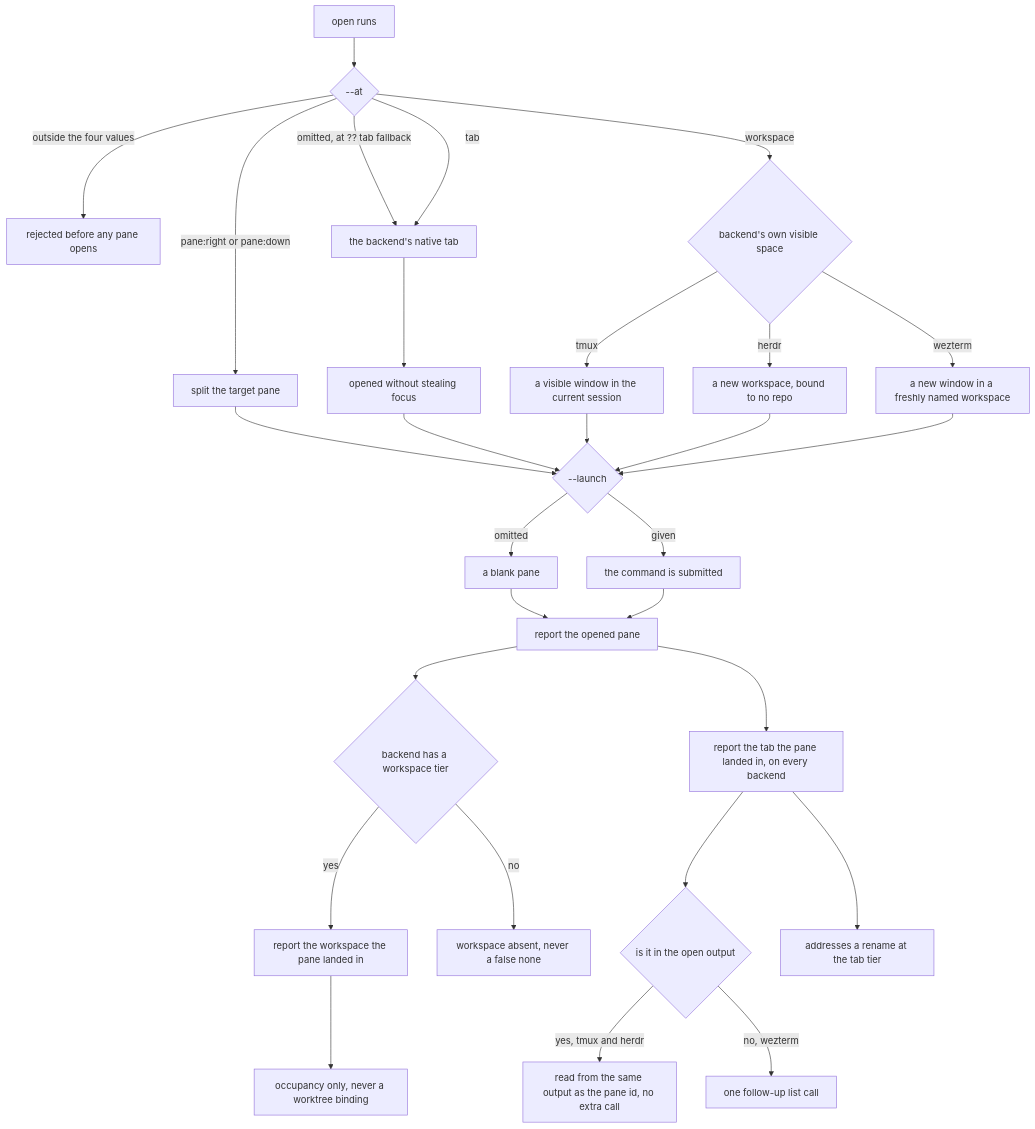
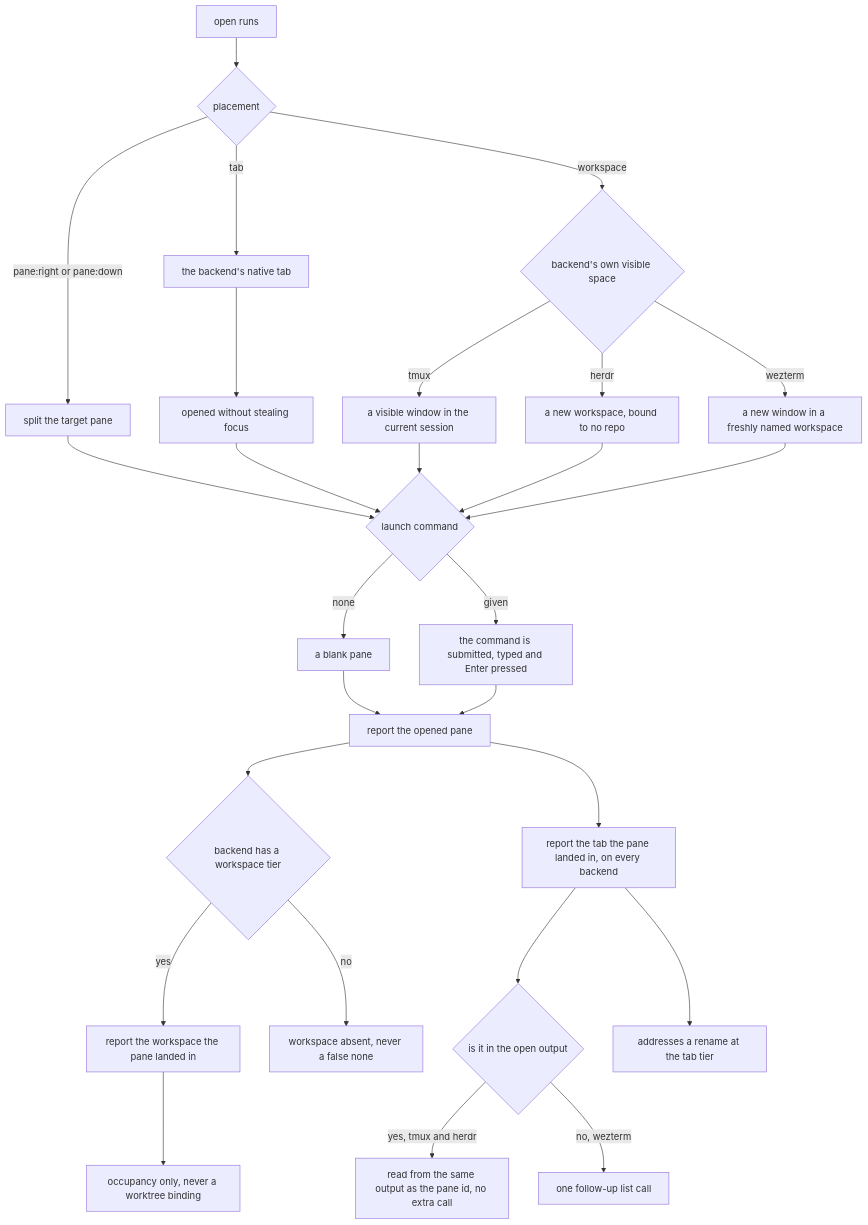
Before and after one commit to cyberuni/cyber-mux: the first of 4 diagrams in packages/cyber-mux/.agents/spec/mux/placement/README.md, drawn with Mermaid. The commit also changed other lines of this file and 31 other files, not shown here.

````diff
--- a/packages/cyber-mux/.agents/spec/mux/placement/README.md
+++ b/packages/cyber-mux/.agents/spec/mux/placement/README.md
@@ -229,31 +230,29 @@
 ```mermaid
 graph TD
-  O["open runs"] --> AT{"--at"}
-  AT -->|"outside the four values"| REJ["rejected before any pane opens"]
-  AT -->|"omitted, at ?? tab fallback"| TAB
+  O["open runs"] --> AT{"placement"}
   AT -->|"pane:right or pane:down"| SPLIT["split the target pane"]
   AT -->|"tab"| TAB["the backend's native tab"]
   AT -->|"workspace"| WS{"backend's own visible space"}
   WS -->|"tmux"| WT["a visible window in the current session"]
   WS -->|"herdr"| WH["a new workspace, bound to no repo"]
   WS -->|"wezterm"| WW["a new window in a freshly named workspace"]
   TAB --> BG["opened without stealing focus"]
   SPLIT --> LAUNCH
   BG --> LAUNCH
   WT --> LAUNCH
   WH --> LAUNCH
-  WW --> LAUNCH{"--launch"}
-  LAUNCH -->|"omitted"| BLANK["a blank pane"]
-  LAUNCH -->|"given"| SUB["the command is submitted"]
+  WW --> LAUNCH{"launch command"}
+  LAUNCH -->|"none"| BLANK["a blank pane"]
+  LAUNCH -->|"given"| SUB["the command is submitted, typed and Enter pressed"]
   BLANK --> REP["report the opened pane"]
   SUB --> REP
   REP --> WSR{"backend has a workspace tier"}
   WSR -->|"yes"| WSY["report the workspace the pane landed in"]
   WSR -->|"no"| WSN["workspace absent, never a false none"]
   REP --> TABR["report the tab the pane landed in, on every backend"]
   TABR --> SRC{"is it in the open output"}
   SRC -->|"yes, tmux and herdr"| FREE["read from the same output as the pane id, no extra call"]
   SRC -->|"no, wezterm"| FOLLOW["one follow-up list call"]
   WSY --> OCC["occupancy only, never a worktree binding"]
   TABR --> RENAMEABLE["addresses a rename at the tab tier"]
 ```
````
